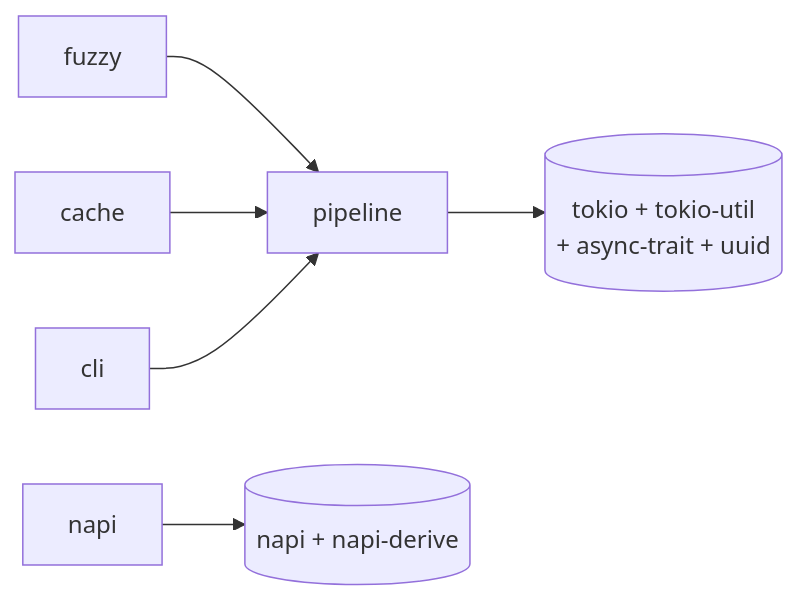
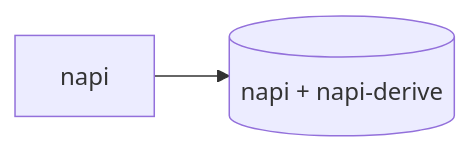
One commit to orin-axi/michi changed the first of 2 diagrams in ARCHITECTURE.md. Above: the diagram before and after it, drawn with Mermaid. The commit also changed other lines of this file, not shown here.

Commit message:
docs(architecture): rewrite the feature-graph section now that Plan 2 is crates, not features

````diff
--- a/ARCHITECTURE.md
+++ b/ARCHITECTURE.md
@@ -16,8 +19,4 @@
 ```mermaid
 flowchart LR
-    fuzzy --> pipeline
-    cache --> pipeline
-    cli --> pipeline
-    pipeline --> tokio[("tokio + tokio-util<br/>+ async-trait + uuid")]
     napi --> napideps[("napi + napi-derive")]
 ```
````
